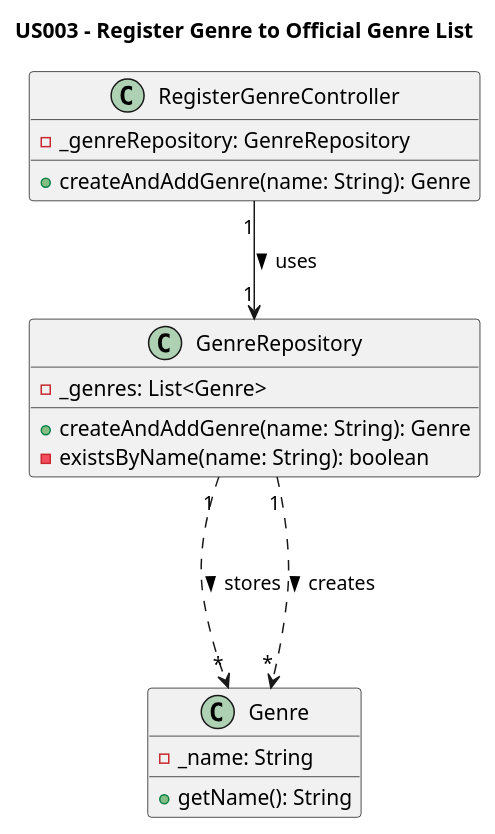
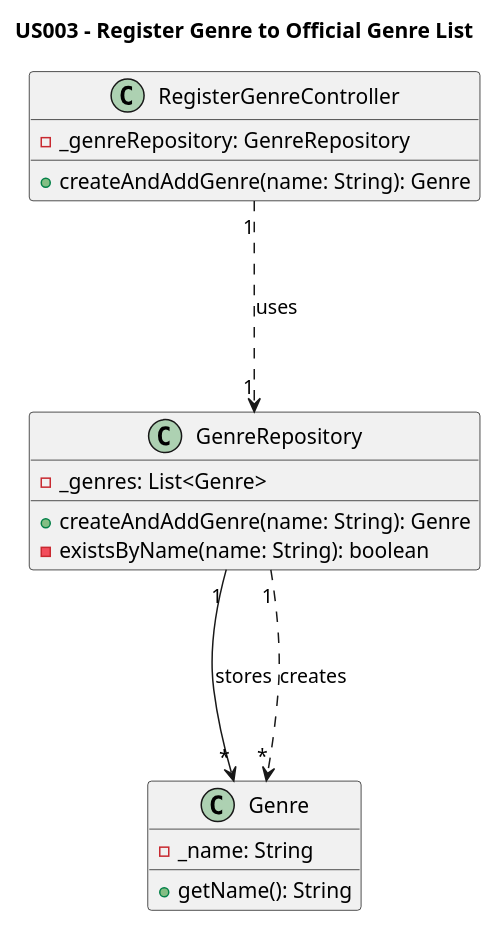
The diagram in Diagrams/ClassDiagrams/US003 - To add a publication genre to the genre list.puml (AndrePereiraGitH/SWitCH-Project-Team_A), drawn with PlantUML before and after one commit. The commit also changed 5 other files, not shown here.

```diff
--- a/Diagrams/ClassDiagrams/US003 - To add a publication genre to the genre list.puml
+++ b/Diagrams/ClassDiagrams/US003 - To add a publication genre to the genre list.puml
@@ -1,26 +1,26 @@
 @startuml
 title US003 - Register Genre to Official Genre List
 
 class RegisterGenreController {
   -_genreRepository: GenreRepository
   +createAndAddGenre(name: String): Genre
 }
 
 class GenreRepository {
   -_genres: List<Genre>
   +createAndAddGenre(name: String): Genre
   -existsByName(name: String): boolean
 }
 
 class Genre {
   -_name: String
   +getName(): String
 }
 
 
-RegisterGenreController "1" --> "1" GenreRepository : uses >
-GenreRepository "1" -.-> "*" Genre : stores >
-GenreRepository "1" -.-> "*" Genre : creates >
+RegisterGenreController "1" -.-> "1" GenreRepository : uses
+GenreRepository "1" --> "*" Genre : stores
+GenreRepository "1" -.-> "*" Genre : creates
 
 
 @enduml
```
